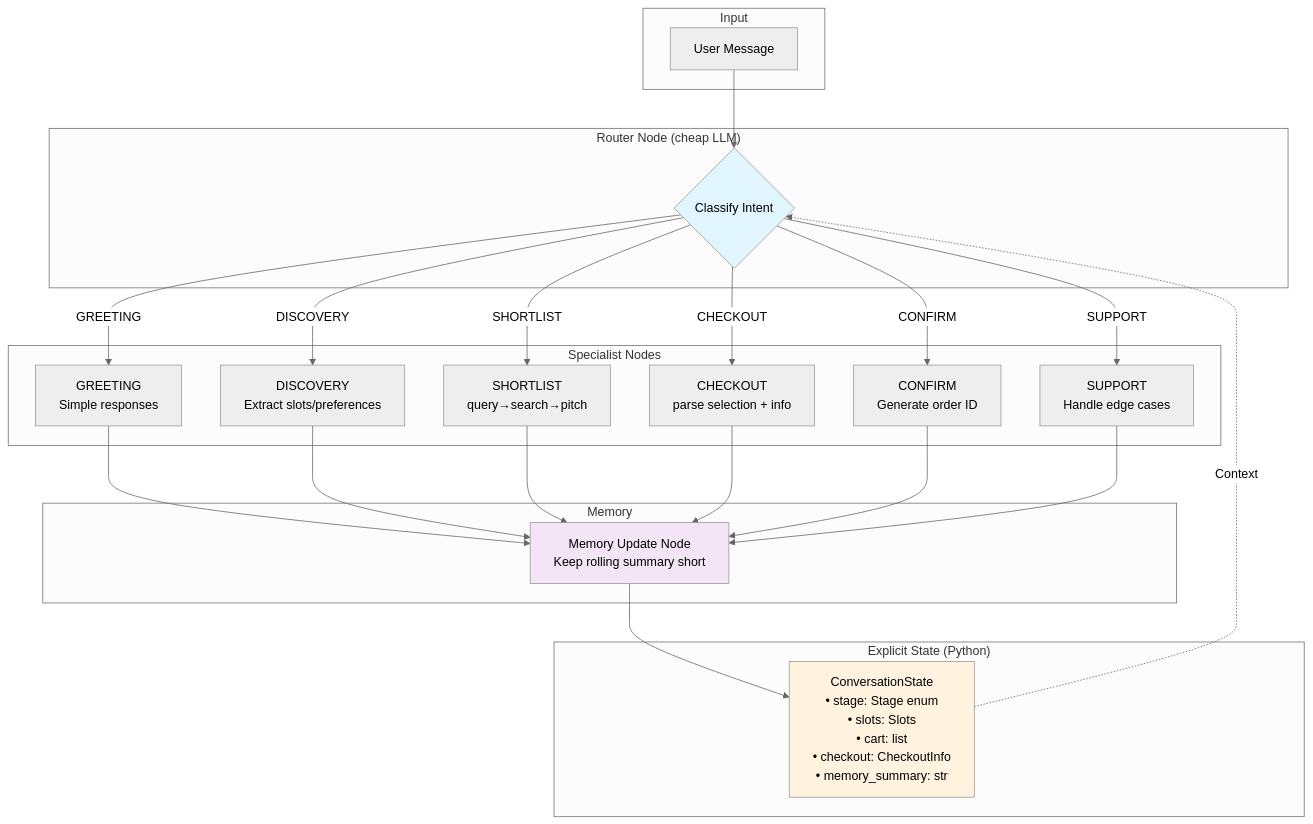
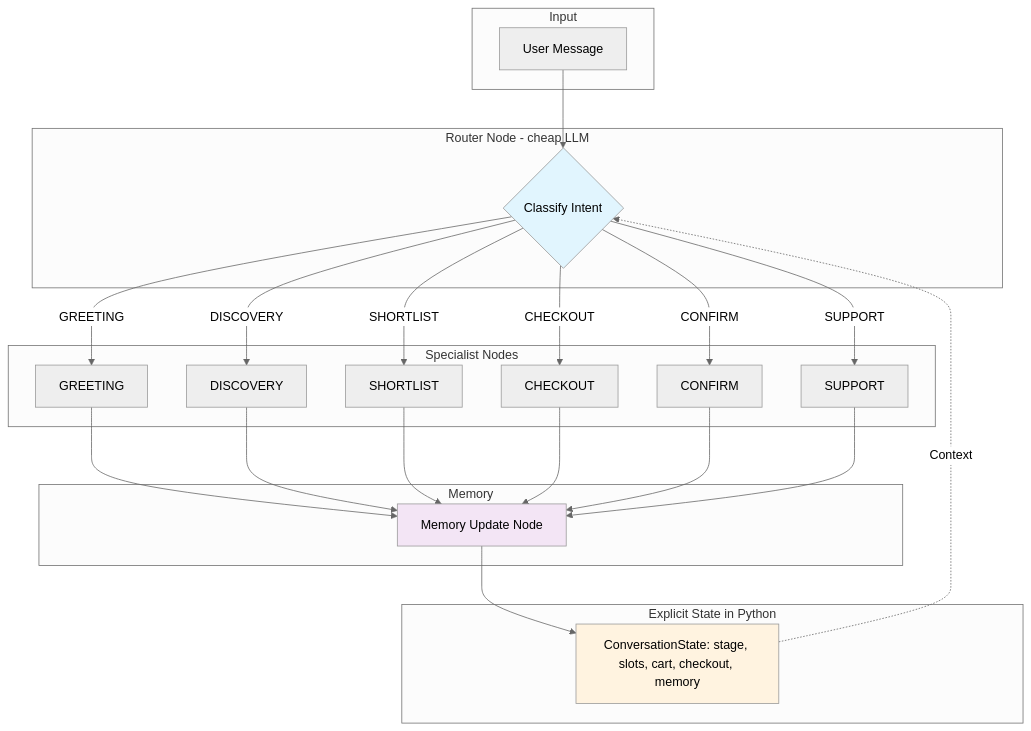
Before and after one commit to TAOGenna/experiments-pocs: the first of 3 diagrams in llm_stage_routing_aiseller/README.md, drawn with Mermaid (neutral theme). The commit also changed other lines of this file, not shown here.

````diff
--- a/llm_stage_routing_aiseller/README.md
+++ b/llm_stage_routing_aiseller/README.md
@@ -35,49 +35,49 @@
 ```mermaid
 flowchart TB
     subgraph Input
         U[User Message]
     end
 
-    subgraph Router["Router Node (cheap LLM)"]
+    subgraph Router["Router Node - cheap LLM"]
         R{Classify Intent}
     end
 
     subgraph Specialists["Specialist Nodes"]
-        G[GREETING<br/>Simple responses]
-        D[DISCOVERY<br/>Extract slots/preferences]
-        S[SHORTLIST<br/>query→search→pitch]
-        C[CHECKOUT<br/>parse selection + info]
-        CF[CONFIRM<br/>Generate order ID]
-        SP[SUPPORT<br/>Handle edge cases]
+        G["GREETING"]
+        D["DISCOVERY"]
+        S["SHORTLIST"]
+        C["CHECKOUT"]
+        CF["CONFIRM"]
+        SP["SUPPORT"]
     end
 
-    subgraph State["Explicit State (Python)"]
-        ST[ConversationState<br/>• stage: Stage enum<br/>• slots: Slots<br/>• cart: list<br/>• checkout: CheckoutInfo<br/>• memory_summary: str]
+    subgraph State["Explicit State in Python"]
+        ST["ConversationState: stage, slots, cart, checkout, memory"]
     end
 
     subgraph Memory
-        M[Memory Update Node<br/>Keep rolling summary short]
+        M["Memory Update Node"]
     end
 
     U --> R
     R -->|GREETING| G
     R -->|DISCOVERY| D
     R -->|SHORTLIST| S
     R -->|CHECKOUT| C
     R -->|CONFIRM| CF
     R -->|SUPPORT| SP
 
     G --> M
     D --> M
     S --> M
     C --> M
     CF --> M
     SP --> M
 
     M --> ST
     ST -.->|Context| R
 
     style R fill:#e1f5fe
     style ST fill:#fff3e0
     style M fill:#f3e5f5
 ```
````
